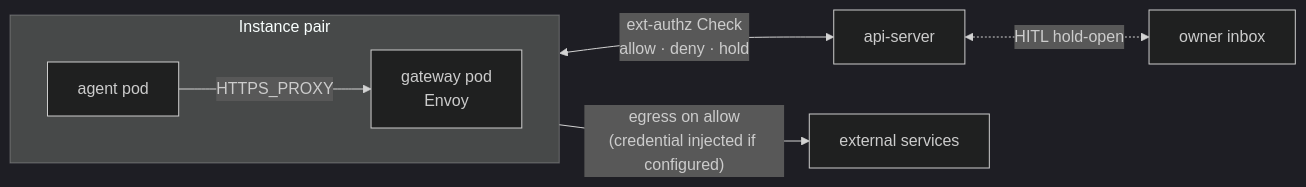
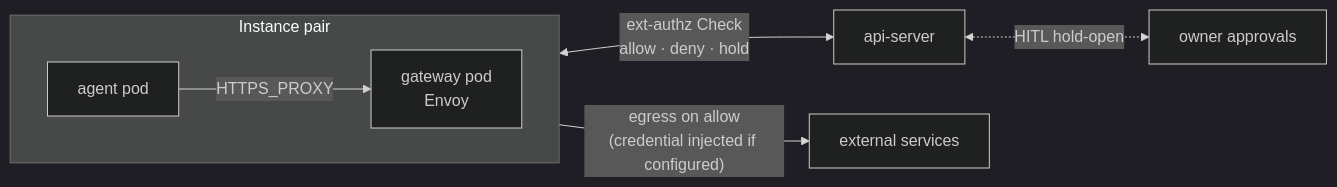
The second of 2 diagrams in docs/strategy/security-overview.md (dam-agents/dam), drawn with Mermaid (dark theme) before and after one commit. The commit also changed other lines of this file and 13 other files, not shown here.

````diff
--- a/docs/strategy/security-overview.md
+++ b/docs/strategy/security-overview.md
@@ -104,17 +104,17 @@
 ```mermaid
 flowchart LR
   subgraph pair[Instance pair]
     direction LR
     agent[agent pod]
     gw["gateway pod<br/>Envoy"]
   end
 
   api[api-server]
-  owner[owner inbox]
+  owner[owner approvals]
   ext[external services]
 
   agent -->|HTTPS_PROXY| gw
   gw <-->|"ext-authz Check<br/>allow · deny · hold"| api
   api <-.->|HITL hold-open| owner
   gw -->|"egress on allow<br/>(credential injected if configured)"| ext
 ```
````
